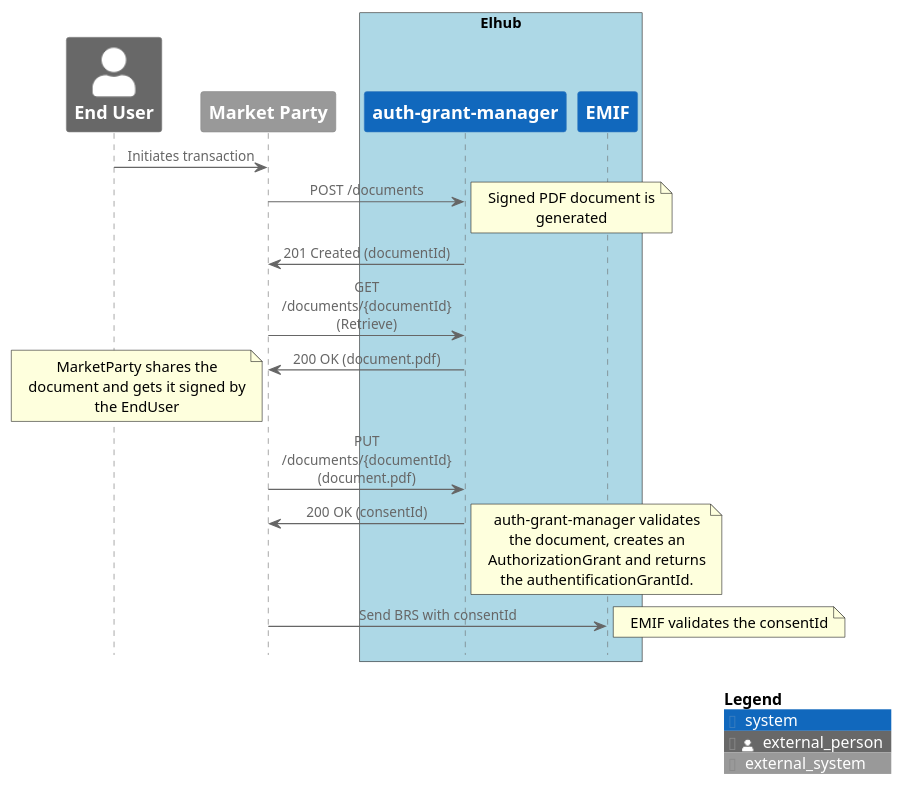
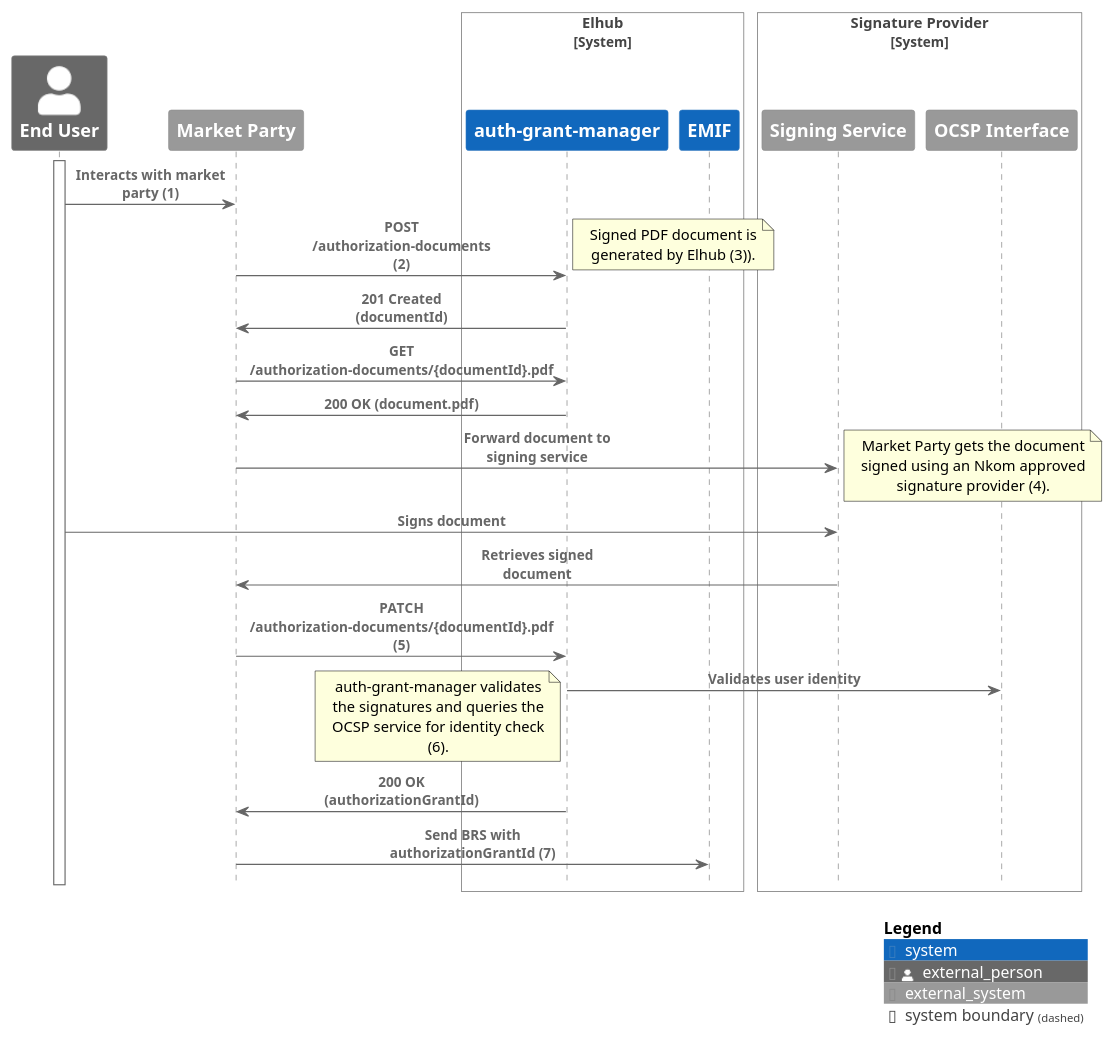
One commit to elhub/auth-grant-manager changed the diagram in docs/assets/document-flow.plantuml. Above: the diagram before and after it, drawn with PlantUML. The commit also changed 36 other files, not shown here.

```diff
--- a/docs/assets/document-flow.plantuml
+++ b/docs/assets/document-flow.plantuml
@@ -1,33 +1,44 @@
-@startuml documents-flow
+@startuml document-flow
 !include https://raw.githubusercontent.com/plantuml-stdlib/C4-PlantUML/master/C4_Sequence.puml
 
-actor Person_Ext(EndUser, "End User", "")
-participant System_Ext(MarketParty, "Market Party", "")
-box "Elhub" #LightBlue
-  participant System(GrantManager, "auth-grant-manager", "")
-  participant System(EMIF, "EMIF", "")
-end box
+Person_Ext(EndUser, "End User", "")
+System_Ext(MarketParty, "Market Party", "")
 
-EndUser -> MarketParty: Initiates transaction
-MarketParty -> GrantManager: POST /documents
+System_Boundary(Elhub, "Elhub")
+  System(GrantManager, "auth-grant-manager", "")
+  System(EMIF, "EMIF", "")
+Boundary_End()
+
+System_Boundary(SignatureProvider, "Signature Provider")
+  System_Ext(SigningService, "Signing Service", "")
+  System_Ext(SigningOCSP, "OCSP Interface", "")
+Boundary_End()
+
+activate EndUser
+Rel(EndUser, MarketParty, "Interacts with market party (1)")
+Rel(MarketParty, GrantManager, "POST /authorization-documents (2)")
 note right
-Signed PDF document is generated
+Signed PDF document is generated by Elhub (3)).
 end note
-GrantManager -> MarketParty: 201 Created (documentId)
-MarketParty -> GrantManager: GET /documents/{documentId} (Retrieve)
-GrantManager -> MarketParty: 200 OK (document.pdf)
+Rel(GrantManager, MarketParty, "201 Created (documentId)")
+Rel(MarketParty, GrantManager, "GET /authorization-documents/{documentId}.pdf")
+Rel(GrantManager, MarketParty, "200 OK (document.pdf)")
+
+Rel(MarketParty, SigningService, "Forward document to signing service")
+note right
+Market Party gets the document signed using an Nkom approved signature provider (4).
+end note
+Rel(EndUser, SigningService, "Signs document")
+Rel(SigningService, MarketParty, "Retrieves signed document")
+
+Rel(MarketParty, GrantManager, "PATCH /authorization-documents/{documentId}.pdf (5)")
+Rel(GrantManager, SigningOCSP, "Validates user identity")
 note left
-MarketParty shares the document and gets it signed by the EndUser
+auth-grant-manager validates the signatures and queries the OCSP service for identity check (6).
 end note
-MarketParty -> GrantManager: PUT /documents/{documentId} (document.pdf)
-GrantManager -> MarketParty: 200 OK (consentId)
-note right
-auth-grant-manager validates the document, creates an AuthorizationGrant and returns the authentificationGrantId.
-end note
-MarketParty -> EMIF: Send BRS with consentId
-note right
-EMIF validates the consentId
-end note
+Rel(GrantManager, MarketParty, "200 OK (authorizationGrantId)")
+
+Rel(MarketParty, EMIF, "Send BRS with authorizationGrantId (7)")
 
 SHOW_LEGEND()
 @enduml
```
